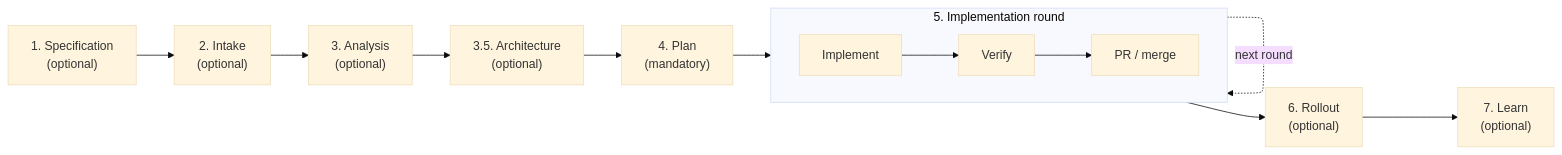
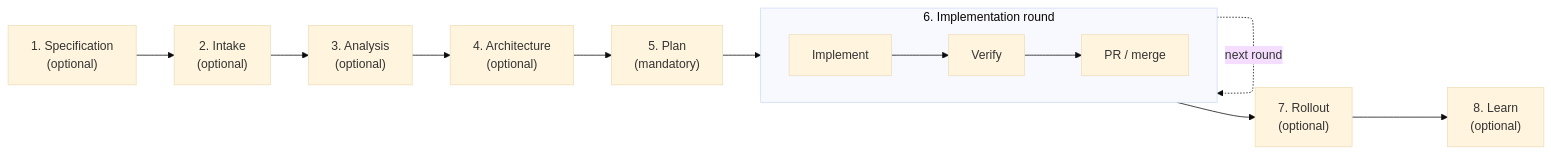
The second of 4 diagrams in marshal.md (crestreach/marshal), drawn with Mermaid (base theme) before and after one commit. The commit also changed other lines of this file, not shown here.

Commit message:
Renumber marshal.md lifecycle: Architecture 3.5→4, shift Plan/Implementation/Rollout/Learn to 5/6/7/8; drop stray section numbers

````diff
--- a/marshal.md
+++ b/marshal.md
@@ -299,16 +299,16 @@
 ```mermaid
 flowchart LR
     S["1. Specification<br/>(optional)"] --> A["2. Intake<br/>(optional)"]
     A --> B["3. Analysis<br/>(optional)"]
-    B --> C["3.5. Architecture<br/>(optional)"]
-    C --> D["4. Plan<br/>(mandatory)"]
-    subgraph R5["5. Implementation round"]
+    B --> C["4. Architecture<br/>(optional)"]
+    C --> D["5. Plan<br/>(mandatory)"]
+    subgraph R5["6. Implementation round"]
         direction LR
         I[Implement] --> V[Verify]
         V --> P[PR / merge]
     end
     D --> R5
     R5 -. next round .-> R5
-    R5 --> Ro["6. Rollout<br/>(optional)"]
-    Ro --> L["7. Learn<br/>(optional)"]
+    R5 --> Ro["7. Rollout<br/>(optional)"]
+    Ro --> L["8. Learn<br/>(optional)"]
 ```
````
